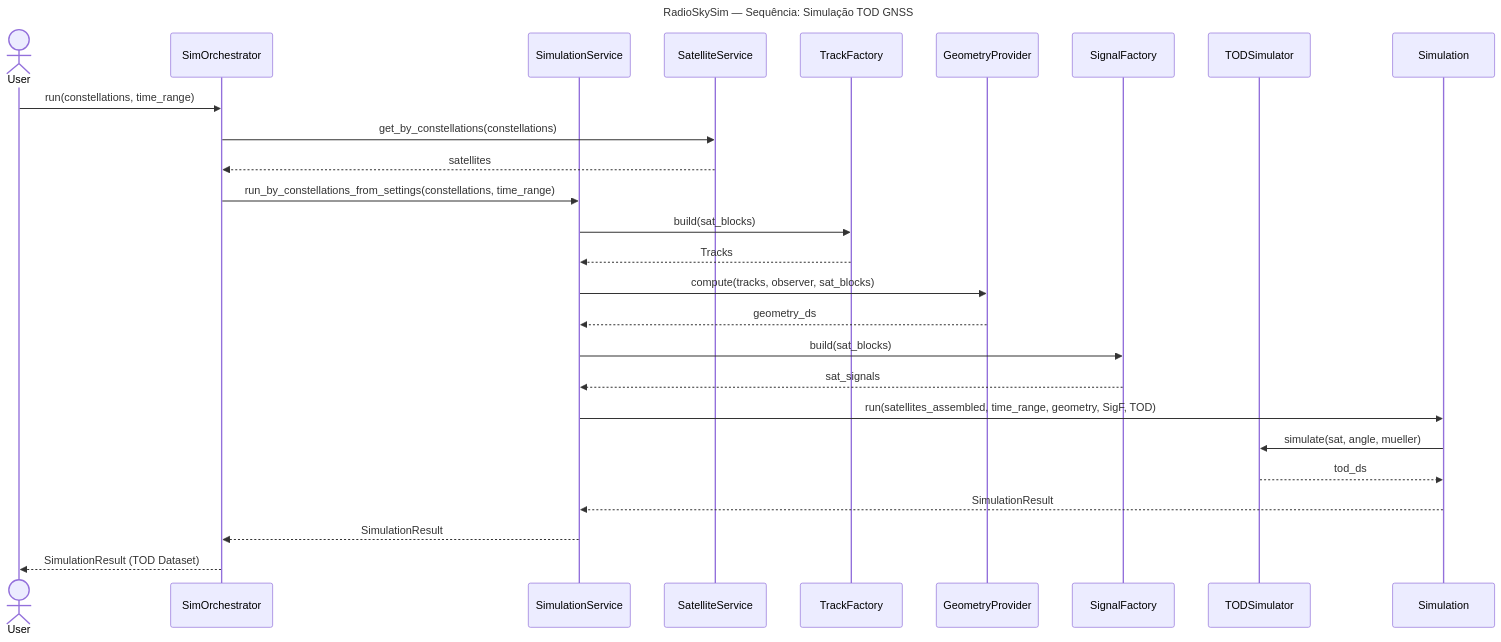
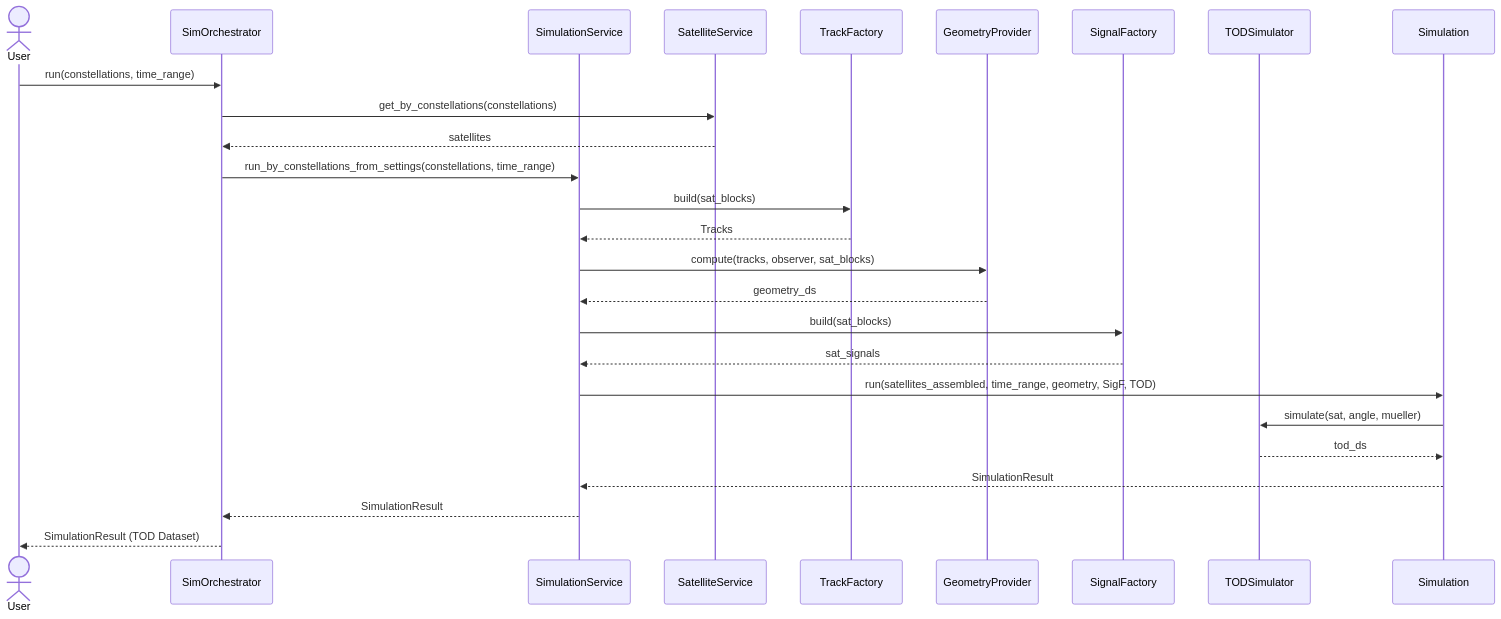
Before and after one commit to barosil/RadioSkySimSuite: the diagram in docs/diagrams/classes_and_sequence_tod.mmd, drawn with Mermaid. The commit also changed 15 other files, not shown here.

First line of the commit message:
docs(architecture): revisar e corrigir diagramas Mermaid

```diff
--- a/docs/diagrams/classes_and_sequence_tod.mmd
+++ b/docs/diagrams/classes_and_sequence_tod.mmd
@@ -1,36 +1,35 @@
----
-title: "RadioSkySim — Sequência: Simulação TOD GNSS"
----
-%% NOTA (2026-09-01): SimOrchestrator/SimulationService/TODSimulator ->
-%% radioskysims-simulation; SatelliteService -> radioskysims-sources.
+%% title: RadioSkySim — Sequência: Simulação TOD GNSS
+%% NOTA (2026-11-06): SimOrchestrator/SimulationService/TODSimulator/Simulation
+%% -> radioskysims-simulation; SatelliteService/SignalFactory ->
+%% radioskysims-sources; TrackFactory/GeometryProvider -> radioskysims-core.
 sequenceDiagram
   actor User
   participant Orch as SimOrchestrator
   participant SimSvc as SimulationService
   participant SatSvc as SatelliteService
   participant TrackF as TrackFactory
   participant Geo as GeometryProvider
   participant SigF as SignalFactory
   participant TOD as TODSimulator
   participant Sim as Simulation
 
   User->>Orch: run(constellations, time_range)
   Orch->>SatSvc: get_by_constellations(constellations)
   SatSvc-->>Orch: satellites
   Orch->>SimSvc: run_by_constellations_from_settings(constellations, time_range)
 
   SimSvc->>TrackF: build(sat_blocks)
   TrackF-->>SimSvc: Tracks
 
   SimSvc->>Geo: compute(tracks, observer, sat_blocks)
   Geo-->>SimSvc: geometry_ds
 
   SimSvc->>SigF: build(sat_blocks)
   SigF-->>SimSvc: sat_signals
 
   SimSvc->>Sim: run(satellites_assembled, time_range, geometry, SigF, TOD)
   Sim->>TOD: simulate(sat, angle, mueller)
   TOD-->>Sim: tod_ds
   Sim-->>SimSvc: SimulationResult
   SimSvc-->>Orch: SimulationResult
   Orch-->>User: SimulationResult (TOD Dataset)
```
